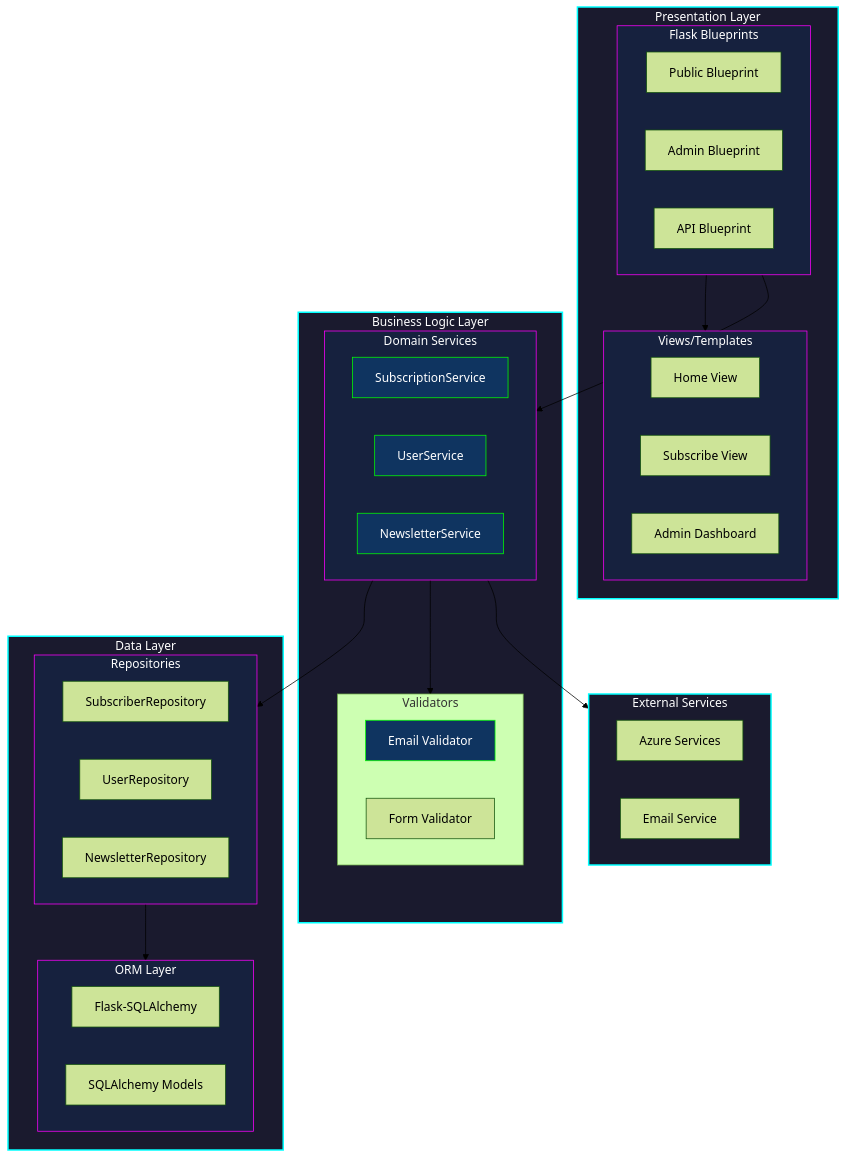
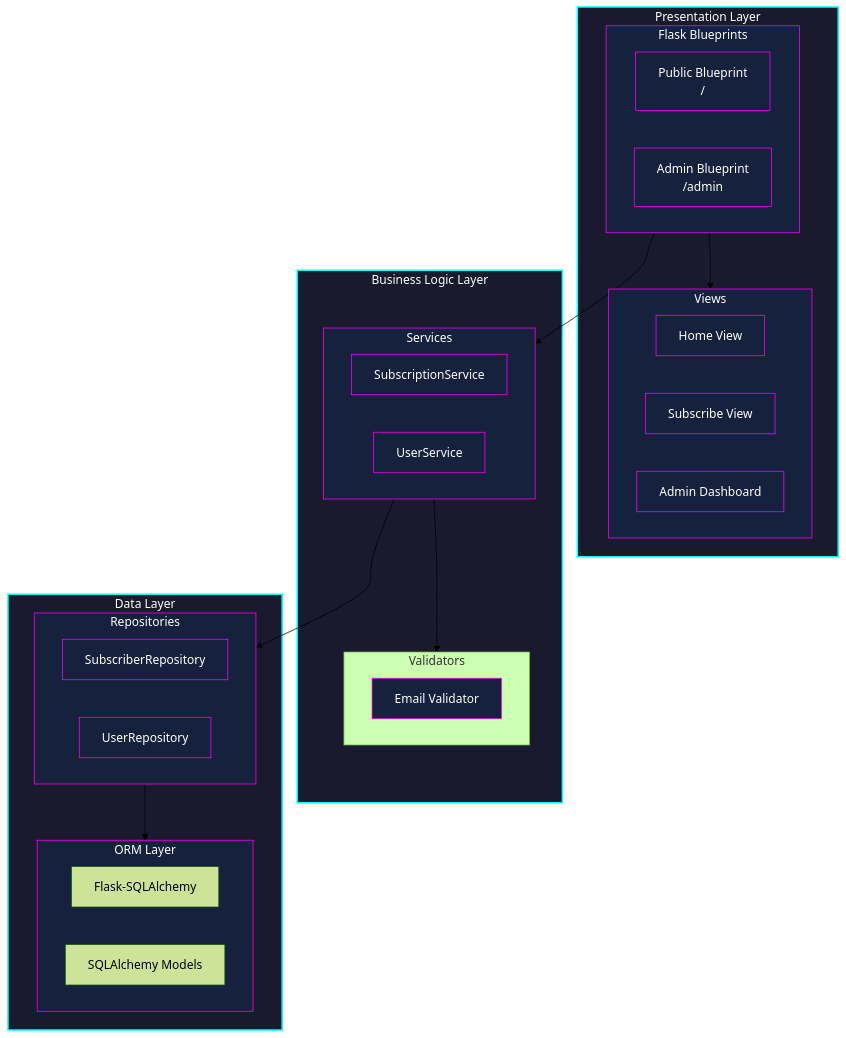
The fourth of 9 diagrams in docs/diagrams.md (mela-malen/hello-cicd), drawn with Mermaid (forest theme) before and after one commit. The commit also changed other lines of this file and 3 other files, not shown here.

First line of the commit message:
docs: update infrastructure diagrams with real Azure resources

````diff
--- a/docs/diagrams.md
+++ b/docs/diagrams.md
@@ -196,64 +174,50 @@
 ```mermaid
-graph TB
+flowchart TB
     subgraph Presentation["Presentation Layer"]
-        subgraph Routes["Flask Blueprints"]
-            PublicBP["Public Blueprint"]
-            AdminBP["Admin Blueprint"]
-            APIBP["API Blueprint"]
+        subgraph Blueprints["Flask Blueprints"]
+            PublicBP["Public Blueprint\n/"]
+            AdminBP["Admin Blueprint\n/admin"]
         end
-        
-        subgraph Views["Views/Templates"]
+
+        subgraph Views["Views"]
             Home["Home View"]
             Subscribe["Subscribe View"]
             Admin["Admin Dashboard"]
         end
     end
 
     subgraph Business["Business Logic Layer"]
-        subgraph Services["Domain Services"]
+        subgraph Services["Services"]
             SubService["SubscriptionService"]
             UserService["UserService"]
-            NewsletterService["NewsletterService"]
         end
-        
+
         subgraph Validation["Validators"]
             EmailValidator["Email Validator"]
-            FormValidator["Form Validator"]
         end
     end
 
     subgraph Data["Data Layer"]
         subgraph Repositories["Repositories"]
             SubRepo["SubscriberRepository"]
             UserRepo["UserRepository"]
-            NewsRepo["NewsletterRepository"]
         end
-        
+
         subgraph ORM["ORM Layer"]
             SQLAlchemy["Flask-SQLAlchemy"]
             Models["SQLAlchemy Models"]
         end
     end
 
-    subgraph External["External Services"]
-        Azure["Azure Services"]
-        Email["Email Service"]
-    end
+    Blueprints --> Views
+    Blueprints --> Services
+    Services --> Repositories
+    Services --> Validation
+    Repositories --> ORM
 
-    %% Connections
-    Routes --> Views
-    Routes --> Services
-    Services --> Repositories
-    Repositories --> ORM
-    Services --> Validation
-    Services --> External
-
-    %% Styling
     classDef layer fill:#1a1a2e,stroke:#00ffff,stroke-width:2px,color:#fff
     classDef component fill:#16213e,stroke:#ff00ff,stroke-width:1px,color:#fff
-    classDef service fill:#0f3460,stroke:#00ff00,stroke-width:1px,color:#fff
 
-    class Presentation,Business,Data,External layer
-    class Routes,Views,Services,Repositories,ORM component
-    class SubService,UserService,NewsletterService,EmailValidator service
+    class Presentation,Business,Data layer
+    class Blueprints,Views,Services,Repositories,ORM,PublicBP,AdminBP,Home,Subscribe,Admin,SubService,UserService,EmailValidator,SubRepo,UserRepo component
 ```
````
